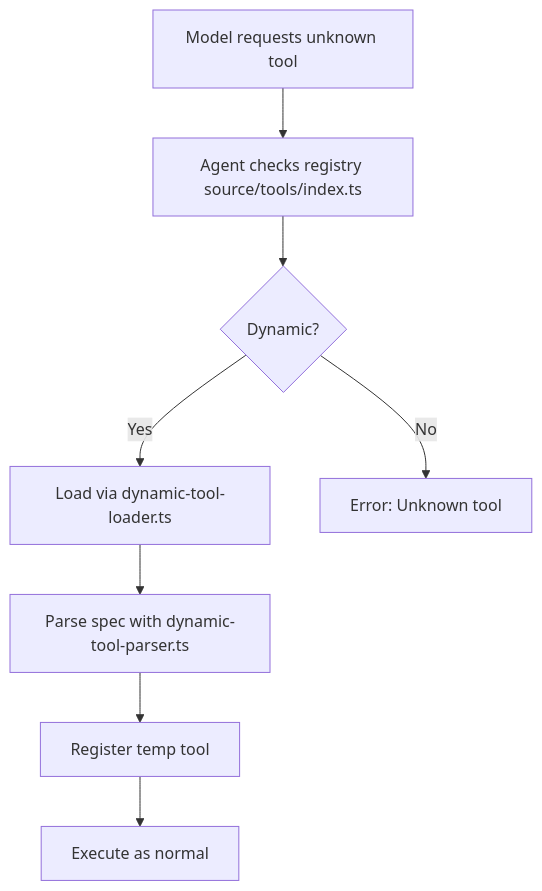
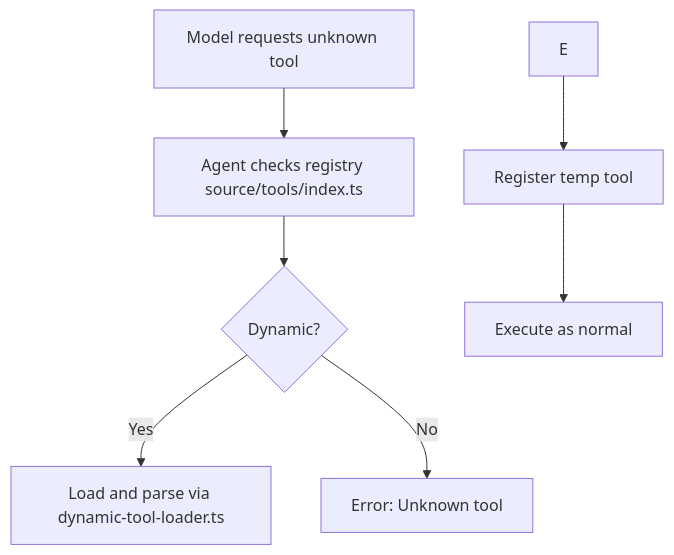
The fourth of 5 diagrams in ARCHITECTURE.md (travisennis/acai-ts), drawn with Mermaid before and after one commit. The commit also changed other lines of this file and 3 other files, not shown here.

Commit message:
feat: consolidate dynamic-tool-parser into dynamic-tool-loader

````diff
--- a/ARCHITECTURE.md
+++ b/ARCHITECTURE.md
@@ -526,10 +525,9 @@
 ```mermaid
 graph TD
   A[Model requests unknown tool] --> B[Agent checks registry source/tools/index.ts]
   B --> C{Dynamic?}
-  C -->|Yes| D[Load via dynamic-tool-loader.ts]
-  D --> E[Parse spec with dynamic-tool-parser.ts]
+  C -->|Yes| D[Load and parse via dynamic-tool-loader.ts]
   E --> F[Register temp tool]
   F --> G[Execute as normal]
   C -->|No| H[Error: Unknown tool]
 ```
````
